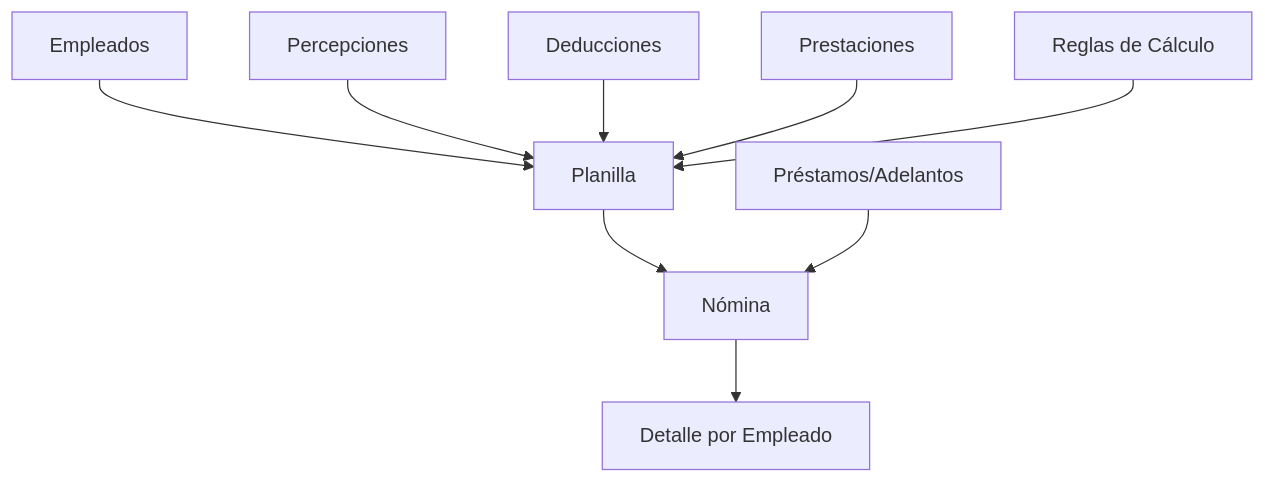
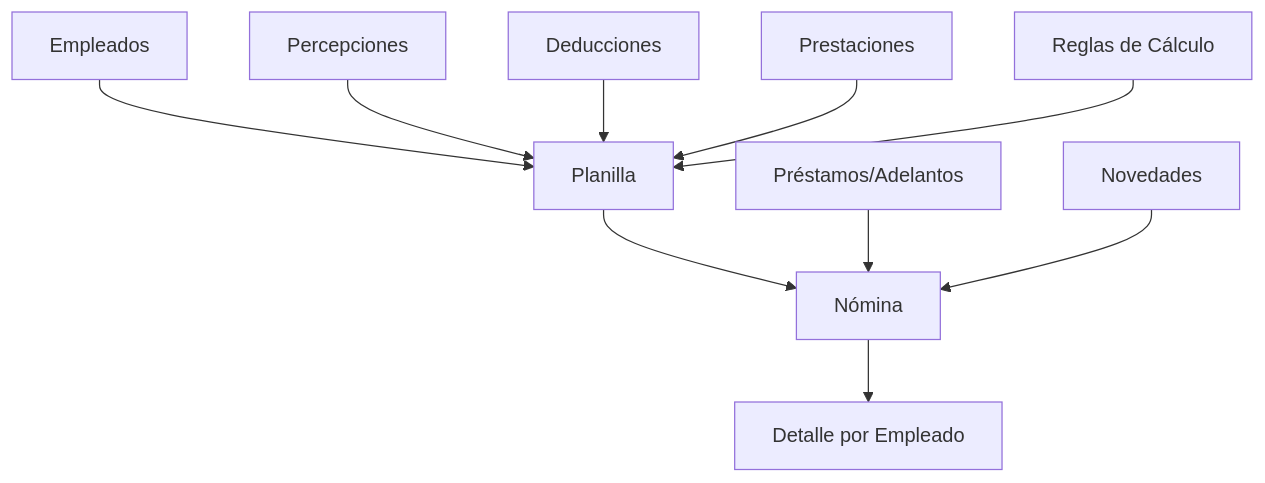
The first of 2 diagrams in docs/index.md (williamjmorenor/coati-payroll), drawn with Mermaid before and after one commit. The commit also changed other lines of this file and 7 other files, not shown here.

````diff
--- a/docs/index.md
+++ b/docs/index.md
@@ -87,11 +87,12 @@
 ```mermaid
 graph TD
     A[Empleados] --> B[Planilla]
     C[Percepciones] --> B
     D[Deducciones] --> B
     E[Prestaciones] --> B
     F[Reglas de Cálculo] --> B
     B --> G[Nómina]
     H[Préstamos/Adelantos] --> G
     G --> I[Detalle por Empleado]
+    J[Novedades] --> G
 ```
````
